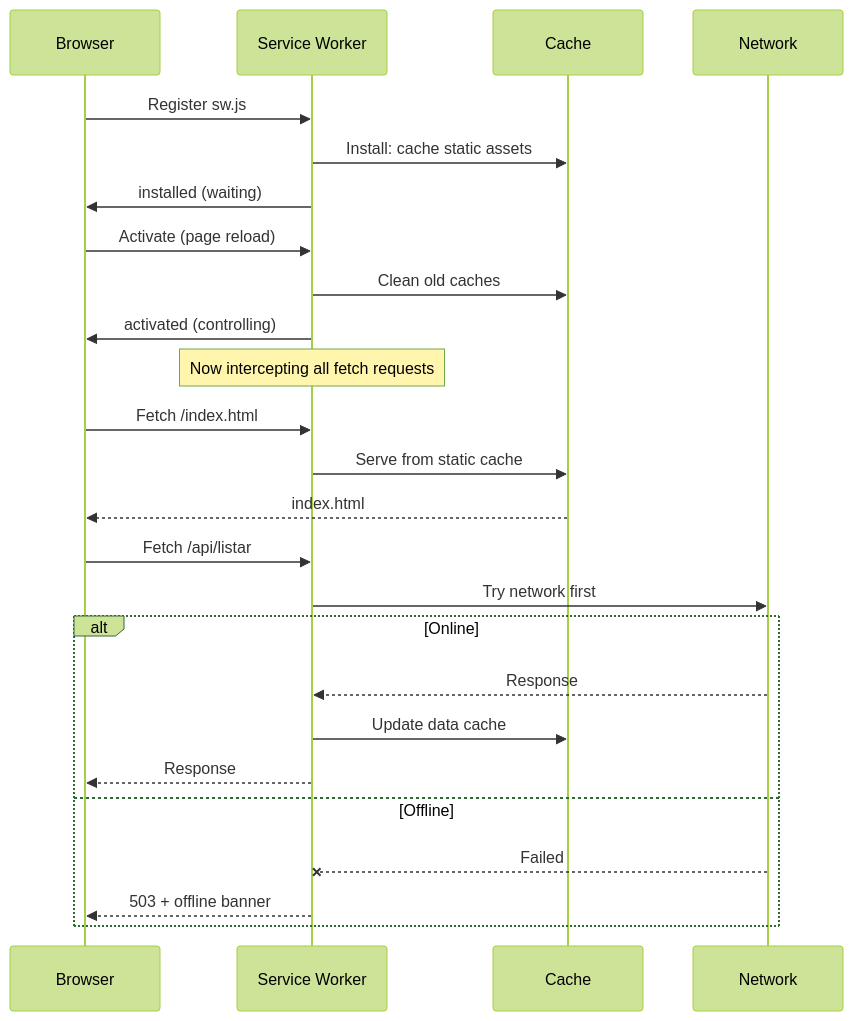
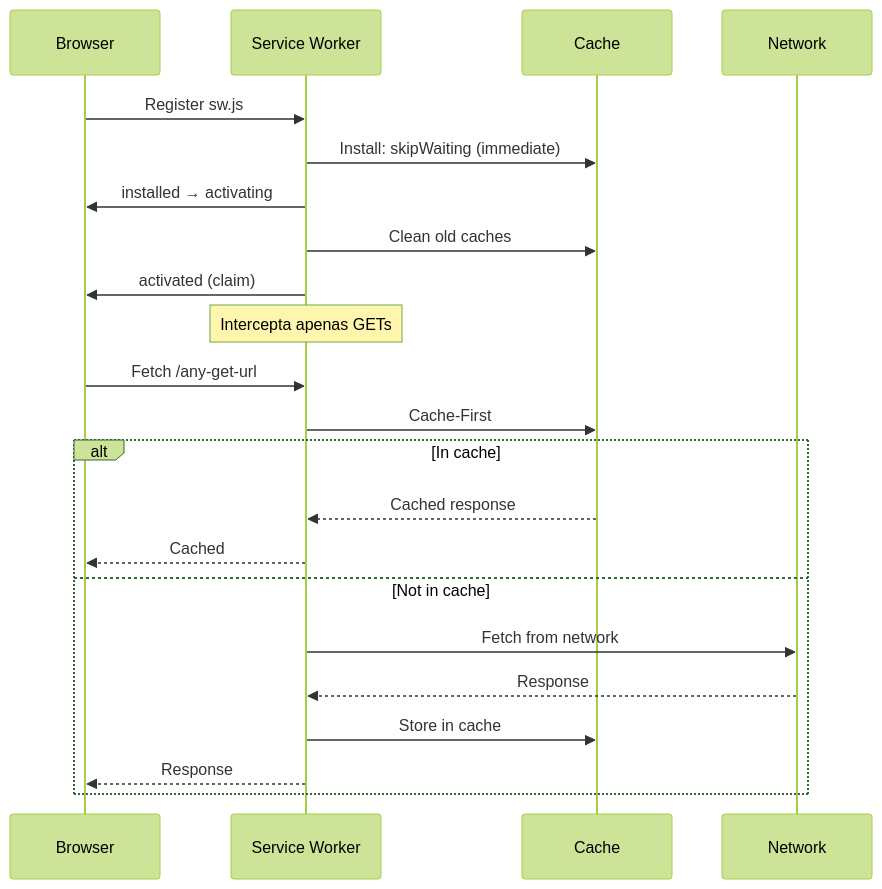
Before and after one commit to Henrique1601/Projeto-Financeiro: the second of 2 diagrams in 2º Cerebro/Cerebro do projeto/Service Worker Notes.md, drawn with Mermaid (forest theme). The commit also changed other lines of this file and 86 other files, not shown here.

````diff
--- a/2º Cerebro/Cerebro do projeto/Service Worker Notes.md
+++ b/2º Cerebro/Cerebro do projeto/Service Worker Notes.md
@@ -87,31 +63,27 @@
 ```mermaid
 sequenceDiagram
     participant Browser
     participant SW as Service Worker
     participant Cache
     participant Network
     
     Browser->>SW: Register sw.js
-    SW->>Cache: Install: cache static assets
-    SW->>Browser: installed (waiting)
-    Browser->>SW: Activate (page reload)
+    SW->>Cache: Install: skipWaiting (immediate)
+    SW->>Browser: installed → activating
     SW->>Cache: Clean old caches
-    SW->>Browser: activated (controlling)
+    SW->>Browser: activated (claim)
     
-    Note over SW: Now intercepting all fetch requests
+    Note over SW: Intercepta apenas GETs
     
-    Browser->>SW: Fetch /index.html
-    SW->>Cache: Serve from static cache
-    Cache-->>Browser: index.html
-    
-    Browser->>SW: Fetch /api/listar
-    SW->>Network: Try network first
-    alt Online
+    Browser->>SW: Fetch /any-get-url
+    SW->>Cache: Cache-First
+    alt In cache
+        Cache-->>SW: Cached response
+        SW-->>Browser: Cached
+    else Not in cache
+        SW->>Network: Fetch from network
         Network-->>SW: Response
-        SW->>Cache: Update data cache
+        SW->>Cache: Store in cache
         SW-->>Browser: Response
-    else Offline
-        Network--xSW: Failed
-        SW-->>Browser: 503 + offline banner
     end
 ```
````
